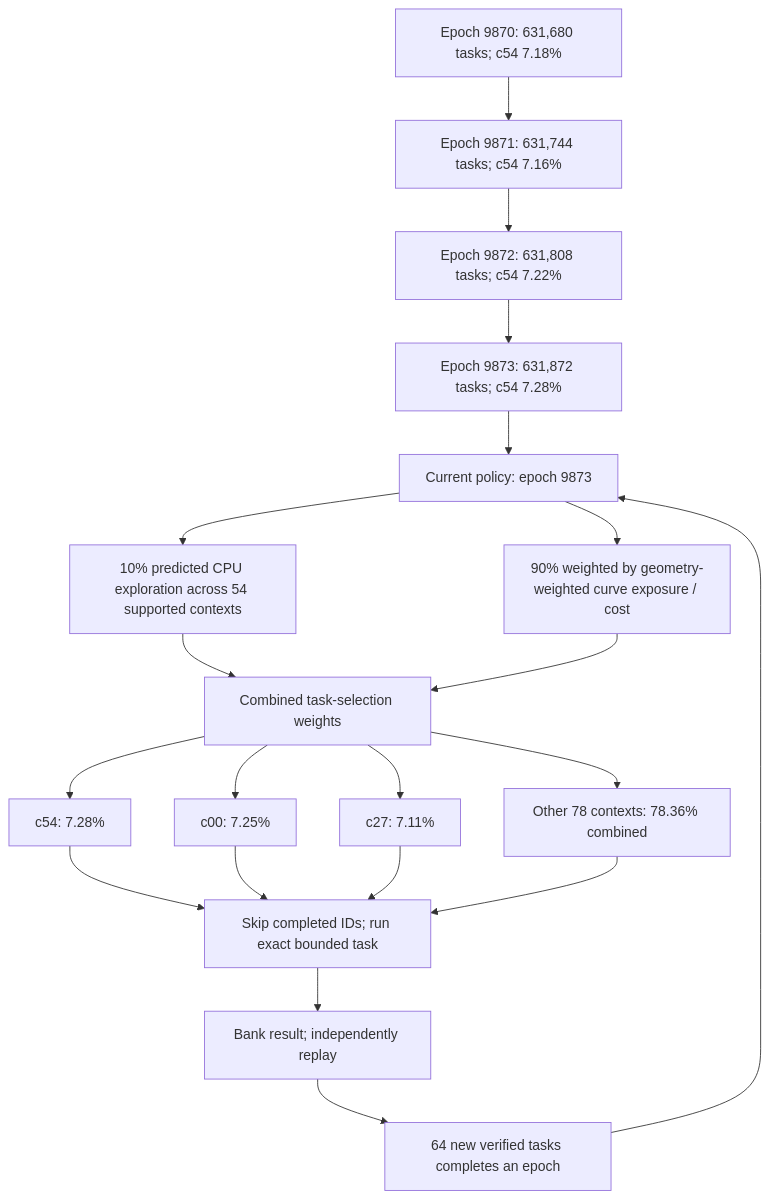
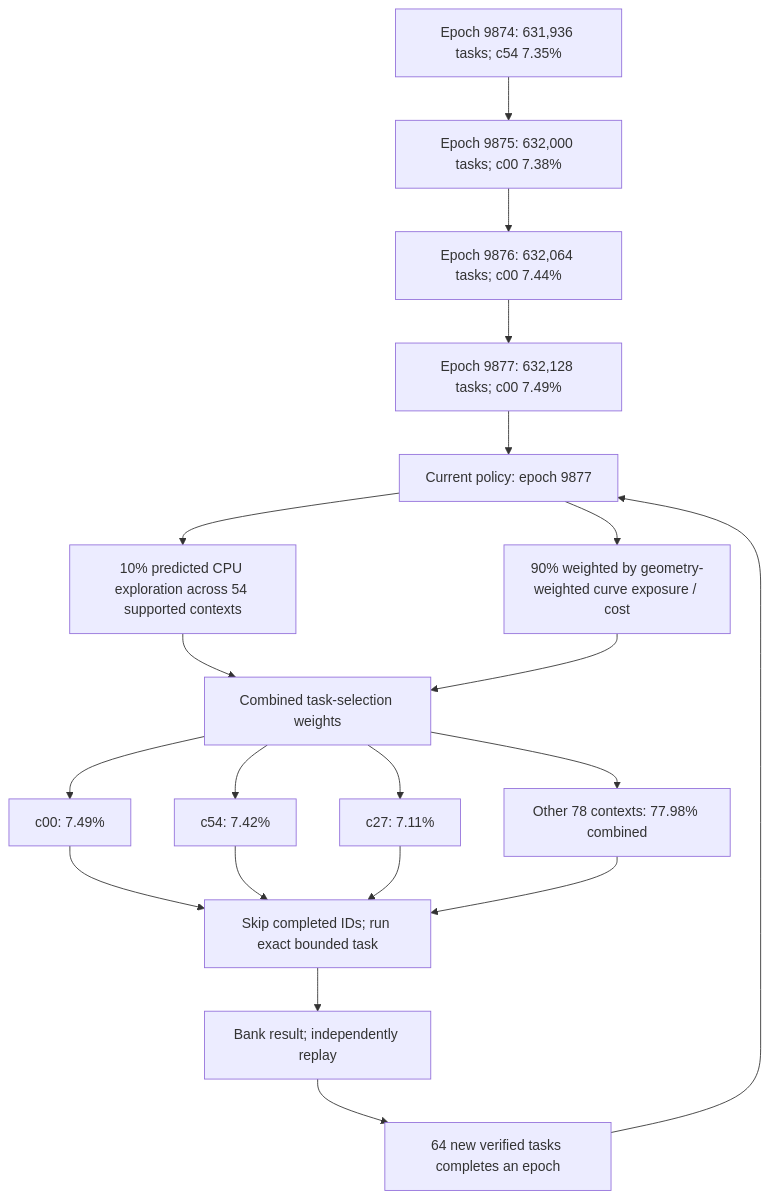
Before and after one commit to Kuberwastaken/math-gambling: the first of 4 diagrams in README.md, drawn with Mermaid. The commit also changed other lines of this file and 657 other files, not shown here.

````diff
--- a/README.md
+++ b/README.md
@@ -60,27 +60,27 @@
 ```mermaid
 flowchart TD
-    H0["Epoch 9870: 631,680 tasks; c54 7.18%"]
-    H1["Epoch 9871: 631,744 tasks; c54 7.16%"]
+    H0["Epoch 9874: 631,936 tasks; c54 7.35%"]
+    H1["Epoch 9875: 632,000 tasks; c00 7.38%"]
     H0 --> H1
-    H2["Epoch 9872: 631,808 tasks; c54 7.22%"]
+    H2["Epoch 9876: 632,064 tasks; c00 7.44%"]
     H1 --> H2
-    H3["Epoch 9873: 631,872 tasks; c54 7.28%"]
+    H3["Epoch 9877: 632,128 tasks; c00 7.49%"]
     H2 --> H3
-    Policy["Current policy: epoch 9873"]
+    Policy["Current policy: epoch 9877"]
     H3 --> Policy
     Policy --> Explore["10% predicted CPU exploration across 54 supported contexts"]
     Policy --> Cost["90% weighted by geometry-weighted curve exposure / cost"]
     Explore --> Mix["Combined task-selection weights"]
     Cost --> Mix
-    Mix --> C0["c54: 7.28%"]
-    Mix --> C1["c00: 7.25%"]
+    Mix --> C0["c00: 7.49%"]
+    Mix --> C1["c54: 7.42%"]
     Mix --> C2["c27: 7.11%"]
-    Mix --> Rest["Other 78 contexts: 78.36% combined"]
+    Mix --> Rest["Other 78 contexts: 77.98% combined"]
     C0 --> Check["Skip completed IDs; run exact bounded task"]
     C1 --> Check
     C2 --> Check
     Rest --> Check
     Check --> Replay["Bank result; independently replay"]
     Replay --> Gate["64 new verified tasks completes an epoch"]
     Gate --> Policy
 ```
````
